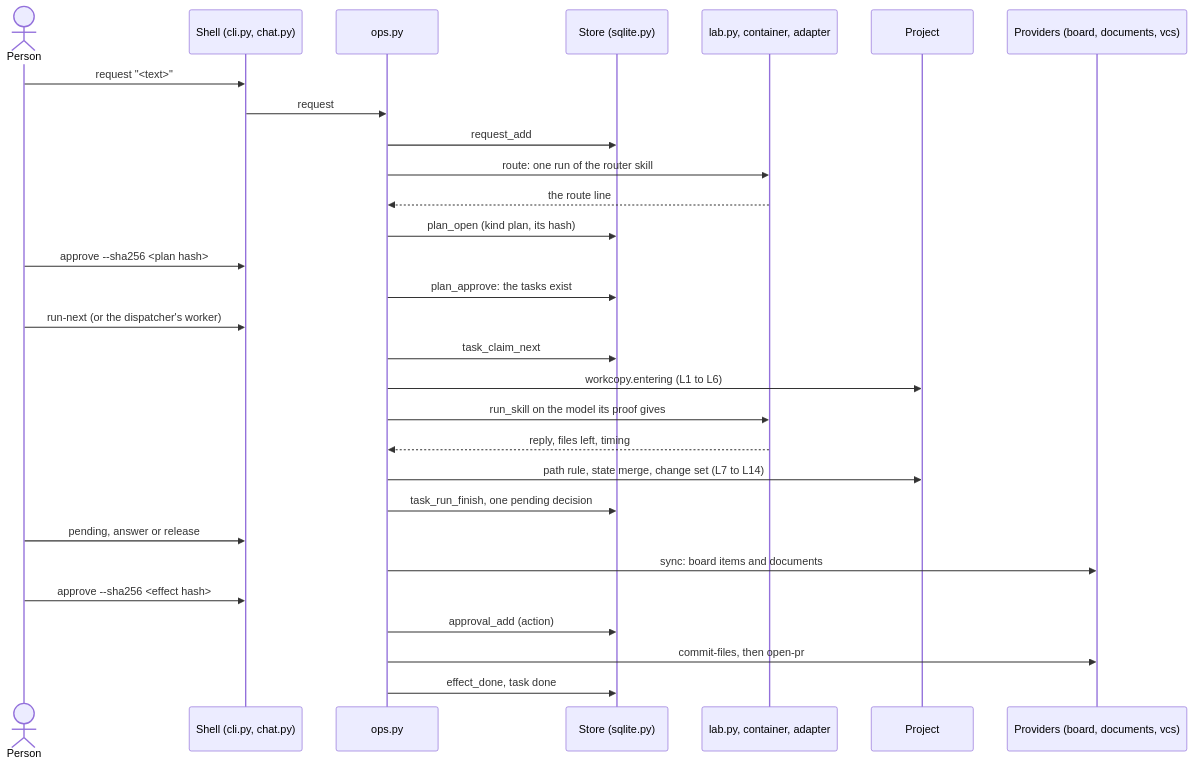
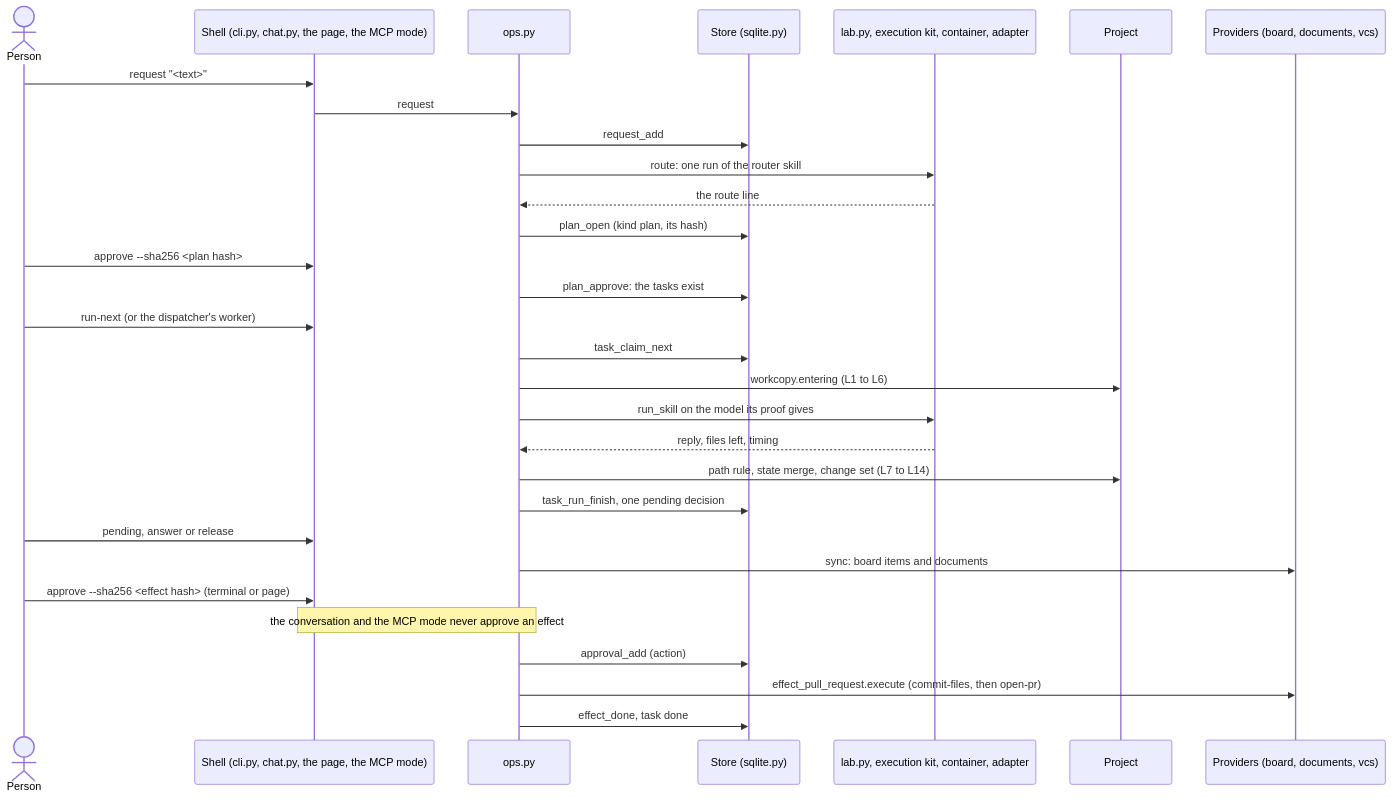
One commit to chrissgon/ai-workbench changed the second of 2 diagrams in docs/architecture/platform/README.md. Above: the diagram before and after it, drawn with Mermaid. The commit also changed other lines of this file and 2 other files, not shown here.

First line of the commit message:
docs(architecture): the README, the review's status and the glossary follow the code (WP-D.6) (#267)

````diff
--- a/docs/architecture/platform/README.md
+++ b/docs/architecture/platform/README.md
@@ -125,32 +135,33 @@
 ```mermaid
 sequenceDiagram
     actor P as Person
-    participant S as Shell (cli.py, chat.py)
+    participant S as Shell (cli.py, chat.py, the page, the MCP mode)
     participant O as ops.py
     participant St as Store (sqlite.py)
-    participant L as lab.py, container, adapter
+    participant L as lab.py, execution kit, container, adapter
     participant Pr as Project
     participant V as Providers (board, documents, vcs)
 
     P->>S: request "<text>"
     S->>O: request
     O->>St: request_add
     O->>L: route: one run of the router skill
     L-->>O: the route line
     O->>St: plan_open (kind plan, its hash)
     P->>S: approve --sha256 <plan hash>
     O->>St: plan_approve: the tasks exist
     P->>S: run-next (or the dispatcher's worker)
     O->>St: task_claim_next
     O->>Pr: workcopy.entering (L1 to L6)
     O->>L: run_skill on the model its proof gives
     L-->>O: reply, files left, timing
     O->>Pr: path rule, state merge, change set (L7 to L14)
     O->>St: task_run_finish, one pending decision
     P->>S: pending, answer or release
     O->>V: sync: board items and documents
-    P->>S: approve --sha256 <effect hash>
+    P->>S: approve --sha256 <effect hash> (terminal or page)
+    Note over S,O: the conversation and the MCP mode never approve an effect
     O->>St: approval_add (action)
-    O->>V: commit-files, then open-pr
+    O->>V: effect_pull_request.execute (commit-files, then open-pr)
     O->>St: effect_done, task done
 ```
````
